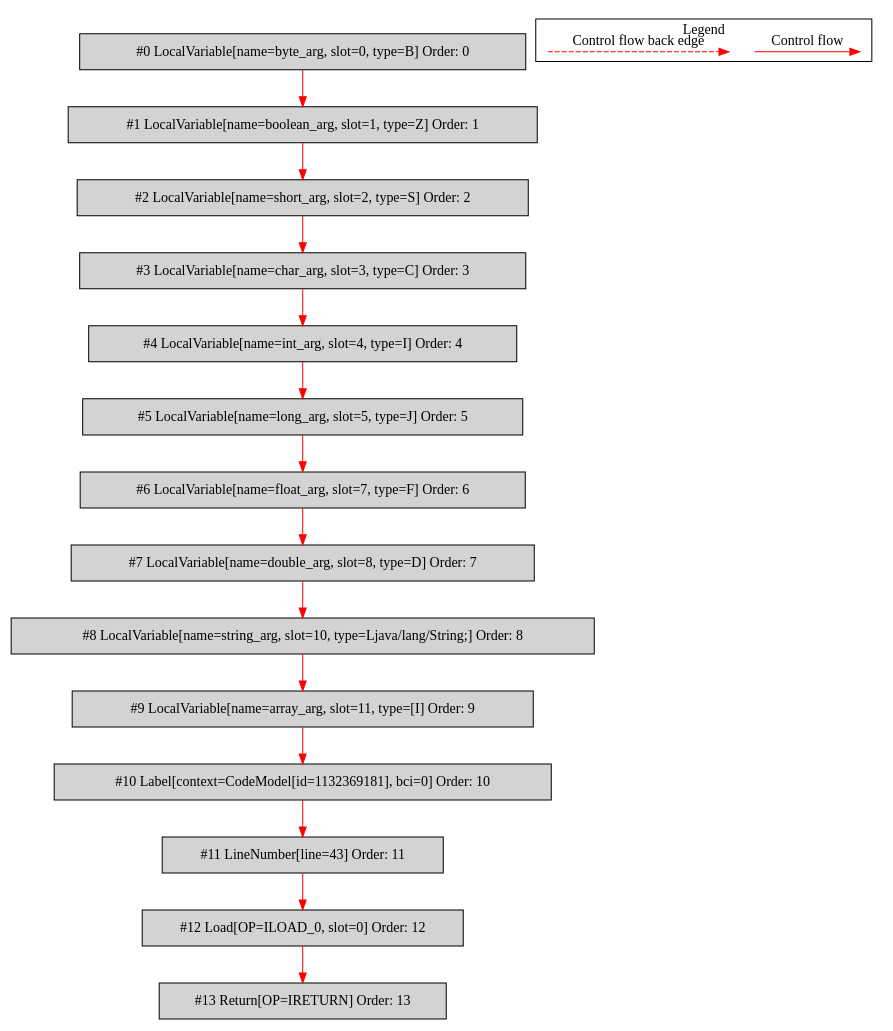
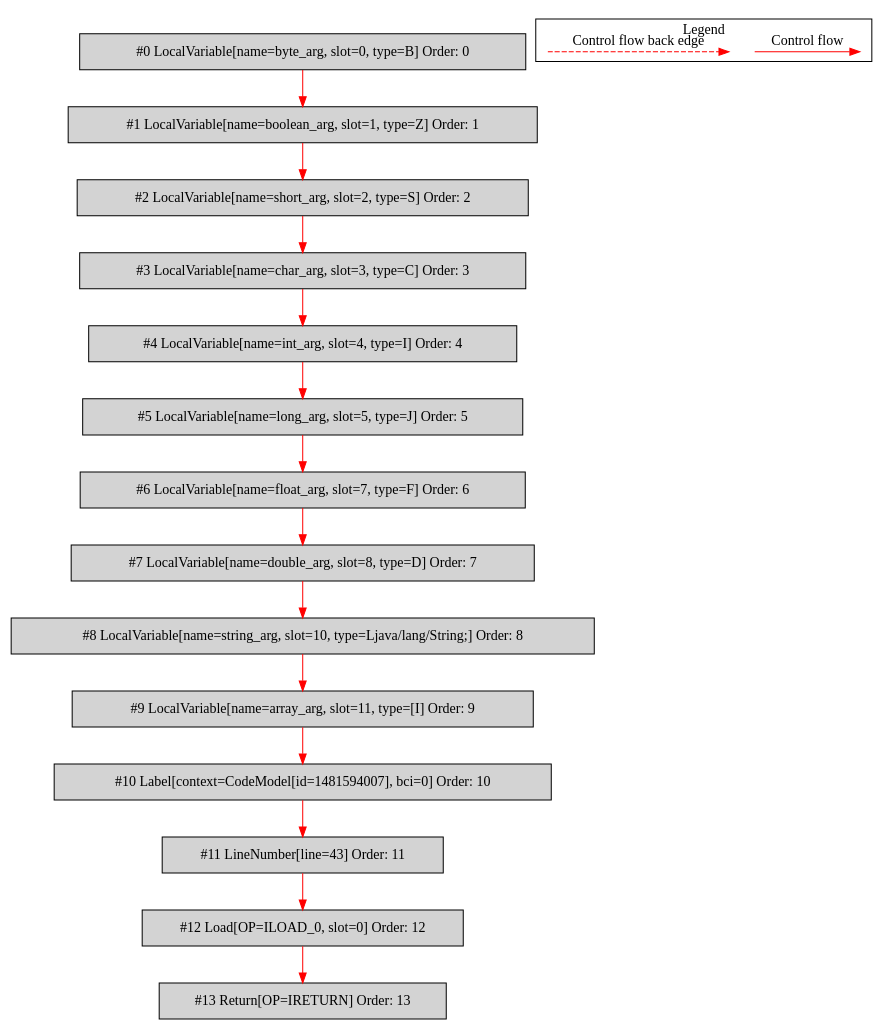
The diagram in de.mirkosertic.metair.ir.examples.MethodInvokeTest/simple_method_return_byte/bytecodecfg.dot (mirkosertic/MetaIR), drawn with Graphviz before and after one commit. The commit also changed 462 other files, not shown here.

```diff
--- a/de.mirkosertic.metair.ir.examples.MethodInvokeTest/simple_method_return_byte/bytecodecfg.dot
+++ b/de.mirkosertic.metair.ir.examples.MethodInvokeTest/simple_method_return_byte/bytecodecfg.dot
@@ -1,44 +1,44 @@
 digraph {
  ordering="in";
  node0[label="#0 LocalVariable[name=byte_arg, slot=0, type=B] Order: 0", shape=box, fillcolor=lightgrey, style=filled];
  node1[label="#1 LocalVariable[name=boolean_arg, slot=1, type=Z] Order: 1", shape=box, fillcolor=lightgrey, style=filled];
  node2[label="#2 LocalVariable[name=short_arg, slot=2, type=S] Order: 2", shape=box, fillcolor=lightgrey, style=filled];
  node3[label="#3 LocalVariable[name=char_arg, slot=3, type=C] Order: 3", shape=box, fillcolor=lightgrey, style=filled];
  node4[label="#4 LocalVariable[name=int_arg, slot=4, type=I] Order: 4", shape=box, fillcolor=lightgrey, style=filled];
  node5[label="#5 LocalVariable[name=long_arg, slot=5, type=J] Order: 5", shape=box, fillcolor=lightgrey, style=filled];
  node6[label="#6 LocalVariable[name=float_arg, slot=7, type=F] Order: 6", shape=box, fillcolor=lightgrey, style=filled];
  node7[label="#7 LocalVariable[name=double_arg, slot=8, type=D] Order: 7", shape=box, fillcolor=lightgrey, style=filled];
  node8[label="#8 LocalVariable[name=string_arg, slot=10, type=Ljava/lang/String;] Order: 8", shape=box, fillcolor=lightgrey, style=filled];
  node9[label="#9 LocalVariable[name=array_arg, slot=11, type=[I] Order: 9", shape=box, fillcolor=lightgrey, style=filled];
- node10[label="#10 Label[context=CodeModel[id=1132369181], bci=0] Order: 10", shape=box, fillcolor=lightgrey, style=filled];
+ node10[label="#10 Label[context=CodeModel[id=1481594007], bci=0] Order: 10", shape=box, fillcolor=lightgrey, style=filled];
  node11[label="#11 LineNumber[line=43] Order: 11", shape=box, fillcolor=lightgrey, style=filled];
  node12[label="#12 Load[OP=ILOAD_0, slot=0] Order: 12", shape=box, fillcolor=lightgrey, style=filled];
  node13[label="#13 Return[OP=IRETURN] Order: 13", shape=box, fillcolor=lightgrey, style=filled];
  node0 -> node1[color=red];
  node1 -> node2[color=red];
  node2 -> node3[color=red];
  node3 -> node4[color=red];
  node4 -> node5[color=red];
  node5 -> node6[color=red];
  node6 -> node7[color=red];
  node7 -> node8[color=red];
  node8 -> node9[color=red];
  node9 -> node10[color=red];
  node10 -> node11[color=red];
  node11 -> node12[color=red];
  node12 -> node13[color=red];
  subgraph cluster_000 {
   label = "Legend";
   node [shape=point]
   {
    rank=same;
    c0 [style = invis];
    c1 [style = invis];
    c2 [style = invis];
    c3 [style = invis];
   }
   c0 -> c1 [label="Control flow", style=solid, color=red]
   c2 -> c3 [label="Control flow back edge", style=dashed, color=red]
  }
 
 }
```
